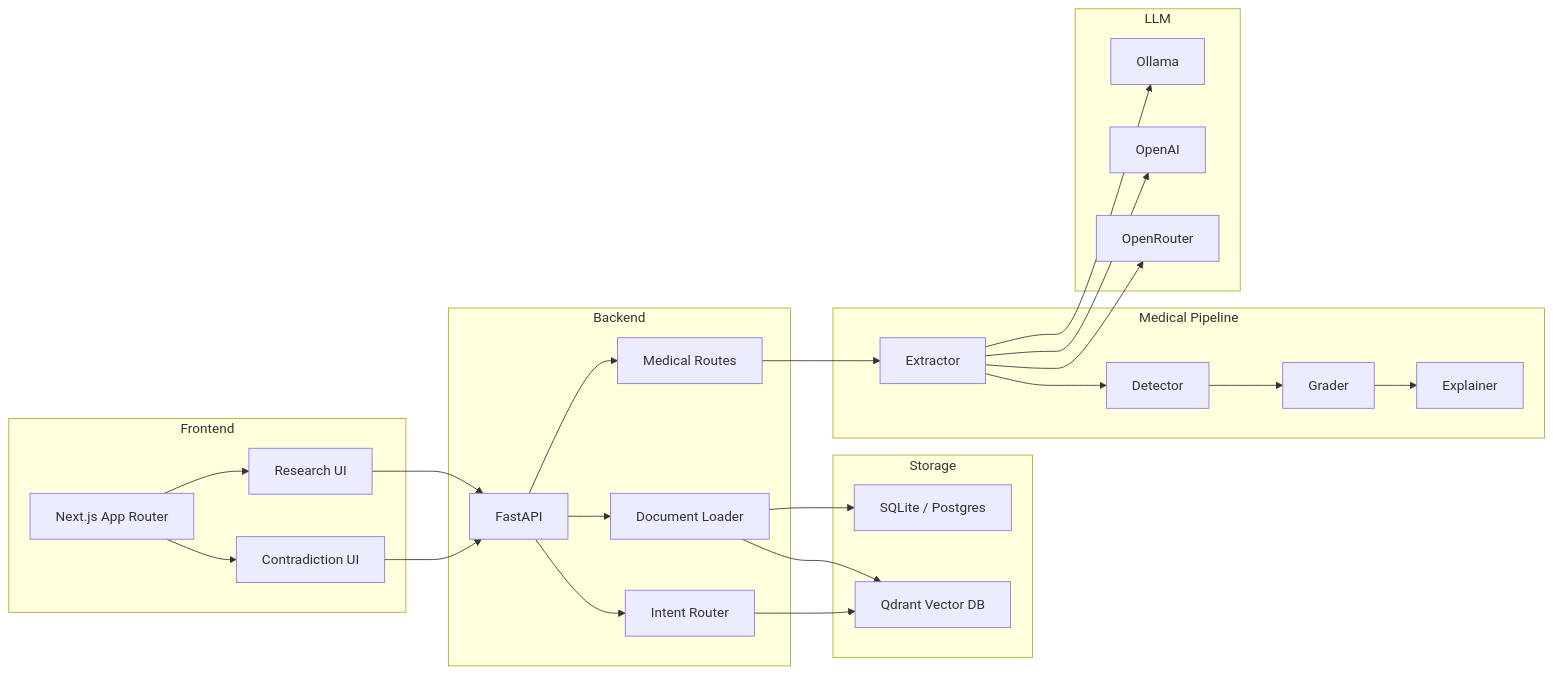
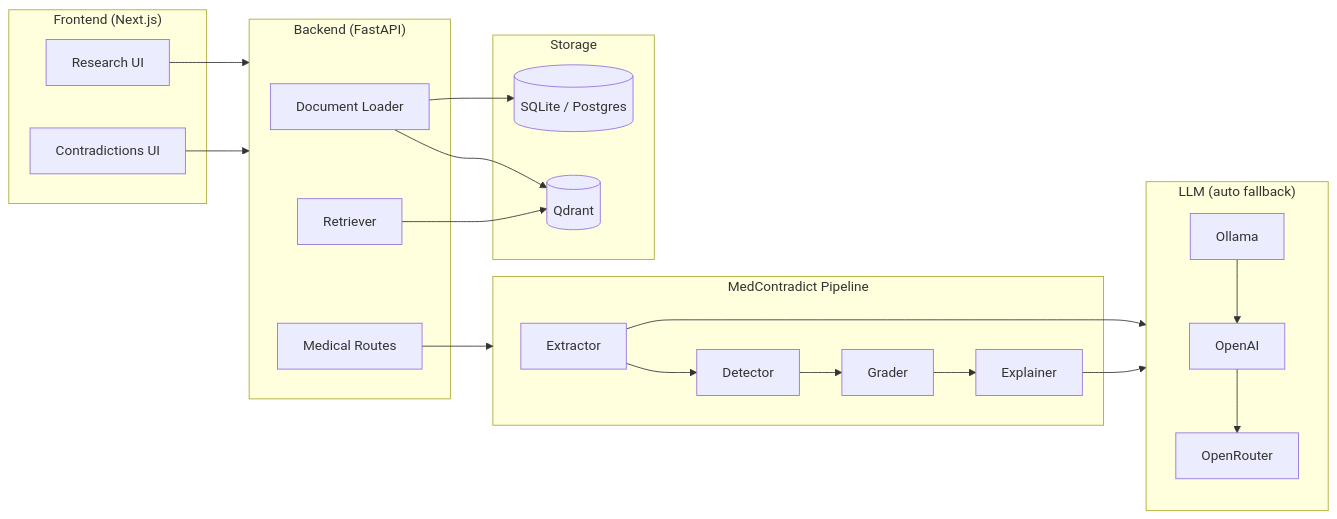
One commit to vivekvx/CiteMind changed the diagram in README.md. Above: the diagram before and after it, drawn with Mermaid. The commit also changed other lines of this file, not shown here.

First line of the commit message:
Polish README: badges, tagline, pipeline table, collapsible LLM config

````diff
--- a/README.md
+++ b/README.md
@@ -39,36 +58,36 @@
 ```mermaid
 flowchart LR
-    subgraph Frontend
-        A[Next.js App Router] --> B[Research UI]
-        A --> C[Contradiction UI]
+    subgraph Frontend["Frontend (Next.js)"]
+        UI[Research UI]
+        CUI[Contradictions UI]
     end
-    subgraph Backend
-        D[FastAPI]
-        D --> E[Document Loader]
-        D --> F[Intent Router]
-        D --> G[Medical Routes]
+
+    subgraph Backend["Backend (FastAPI)"]
+        DOC[Document Loader]
+        RAG[Retriever]
+        MED[Medical Routes]
     end
+
+    subgraph MedPipeline["MedContradict Pipeline"]
+        EXT[Extractor] --> DET[Detector]
+        DET --> GRD[Grader]
+        GRD --> EXP[Explainer]
+    end
+
     subgraph Storage
-        H[SQLite / Postgres]
-        I[Qdrant Vector DB]
+        DB[(SQLite / Postgres)]
+        VDB[(Qdrant)]
     end
-    subgraph Medical Pipeline
-        G --> J[Extractor]
-        J --> K[Detector]
-        K --> L[Grader]
-        L --> M[Explainer]
+
+    subgraph LLM["LLM (auto fallback)"]
+        OLL[Ollama] --> OAI[OpenAI]
+        OAI --> OR[OpenRouter]
     end
-    subgraph LLM
-        N[Ollama]
-        O[OpenAI]
-        P[OpenRouter]
-    end
-    B --> D
-    C --> D
-    E --> H
-    E --> I
-    F --> I
-    J --> N
-    J --> O
-    J --> P
+
+    UI --> Backend
+    CUI --> Backend
+    DOC --> DB & VDB
+    RAG --> VDB
+    MED --> MedPipeline
+    EXT & EXP --> LLM
 ```
````
